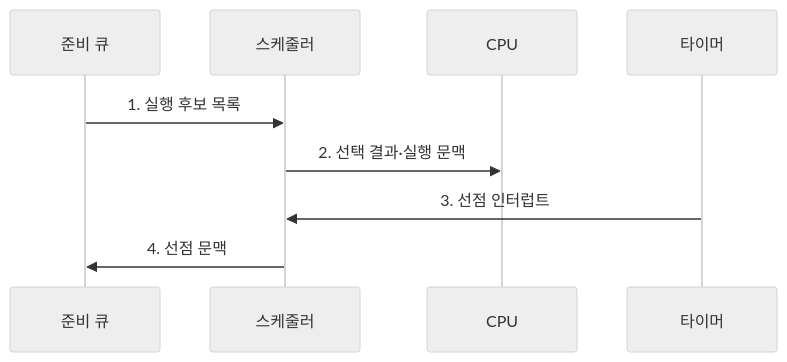
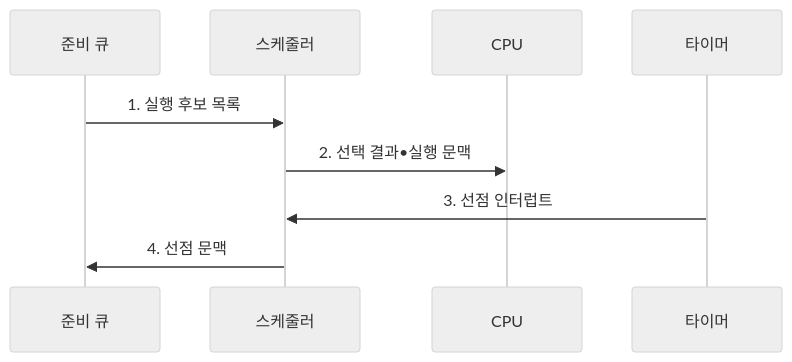
One commit to agnusdei1207/knowledge-base changed the second of 2 diagrams in src/content/docs/notes/03-software/004_process_scheduling.md. Above: the diagram before and after it, drawn with Mermaid (neutral theme). The commit also changed other lines of this file and 953 other files, not shown here.

````diff
--- a/src/content/docs/notes/03-software/004_process_scheduling.md
+++ b/src/content/docs/notes/03-software/004_process_scheduling.md
@@ -107,11 +107,11 @@
 ```mermaid
 sequenceDiagram
     participant Q as 준비 큐
     participant S as 스케줄러
     participant C as CPU
     participant T as 타이머
     Q->>S: 1. 실행 후보 목록
-    S->>C: 2. 선택 결과·실행 문맥
+    S->>C: 2. 선택 결과•실행 문맥
     T->>S: 3. 선점 인터럽트
     S->>Q: 4. 선점 문맥
 ```
````
